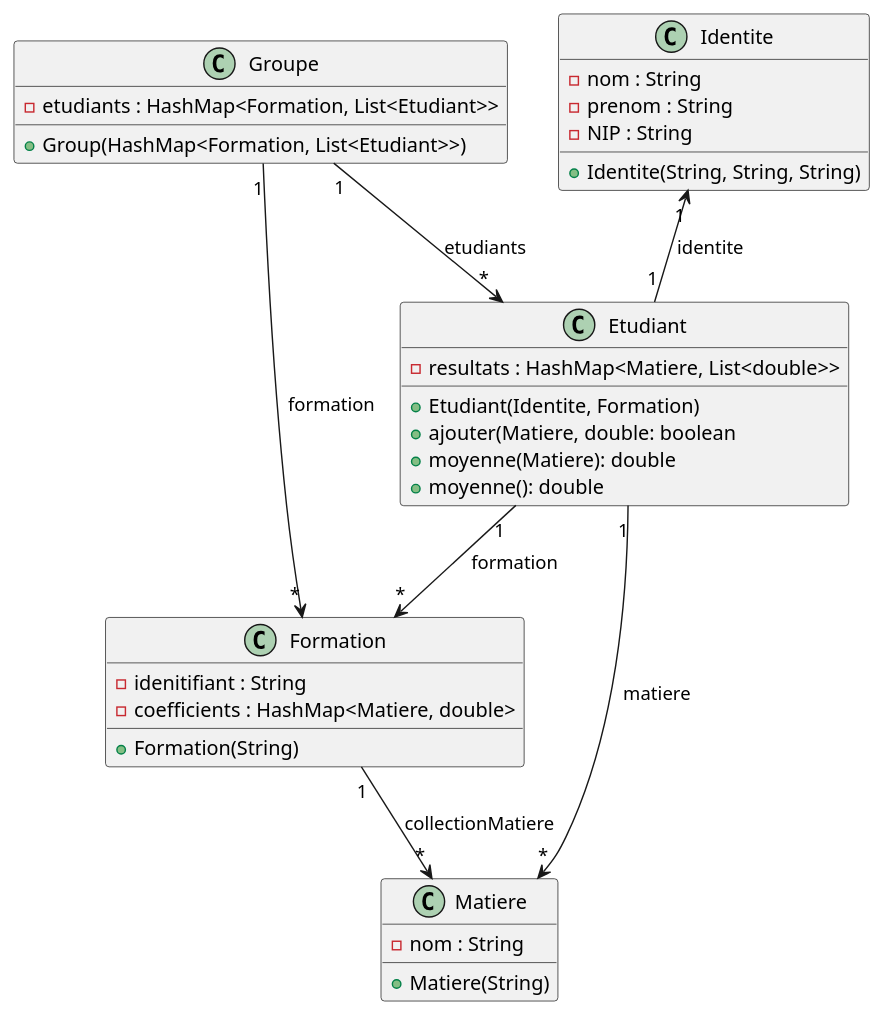
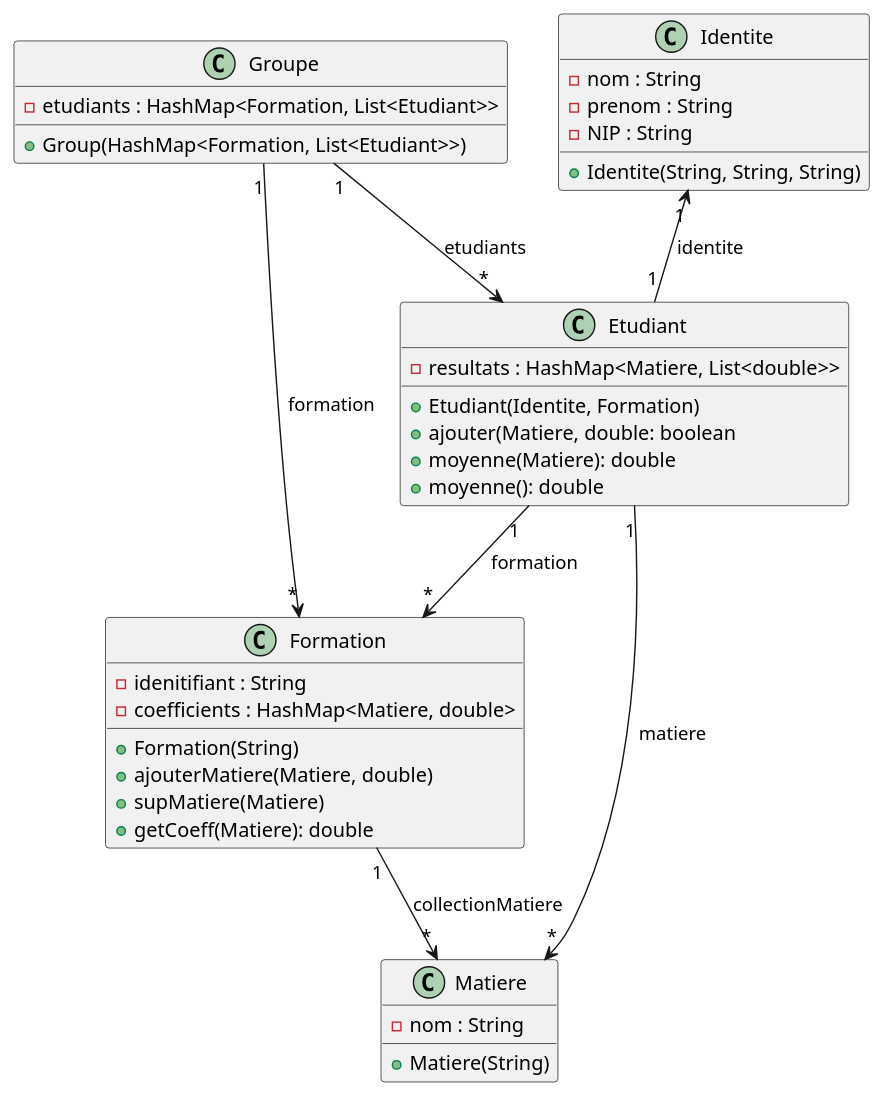
Before and after one commit to AssalHugo/TP2Exo3: the diagram in TP2Exo3/Diagramme_De_Classe.puml, drawn with PlantUML. The commit also changed 1 other file, not shown here.

Commit message:
Legeres modfids du diagramme

```diff
--- a/TP2Exo3/Diagramme_De_Classe.puml
+++ b/TP2Exo3/Diagramme_De_Classe.puml
@@ -1,42 +1,45 @@
 @startuml
 'https://plantuml.com/class-diagram
 
 class Etudiant{
  - resultats : HashMap<Matiere, List<double>>
     + Etudiant(Identite, Formation)
     + ajouter(Matiere, double: boolean
     + moyenne(Matiere): double
     + moyenne(): double
 }
 
 class Identite{
  - nom : String
  - prenom : String
  - NIP : String
     + Identite(String, String, String)
 }
 
 class Formation{
 - idenitifiant : String
 - coefficients : HashMap<Matiere, double>
     + Formation(String)
+    + ajouterMatiere(Matiere, double)
+    + supMatiere(Matiere)
+    + getCoeff(Matiere): double
 }
 
 class Matiere{
  - nom : String
     + Matiere(String)
 }
 
 class Groupe{
 - etudiants : HashMap<Formation, List<Etudiant>>
     + Group(HashMap<Formation, List<Etudiant>>)
 }
 
 Identite "1" <-- "1" Etudiant : identite
 Etudiant "1" --> "*" Formation : formation
 Etudiant "1" --> "*" Matiere : matiere
 Formation "1" --> "*" Matiere : collectionMatiere
 Groupe  "1" --> "*" Formation : formation
 Groupe  "1" --> "*" Etudiant : etudiants
 
 @enduml
```
